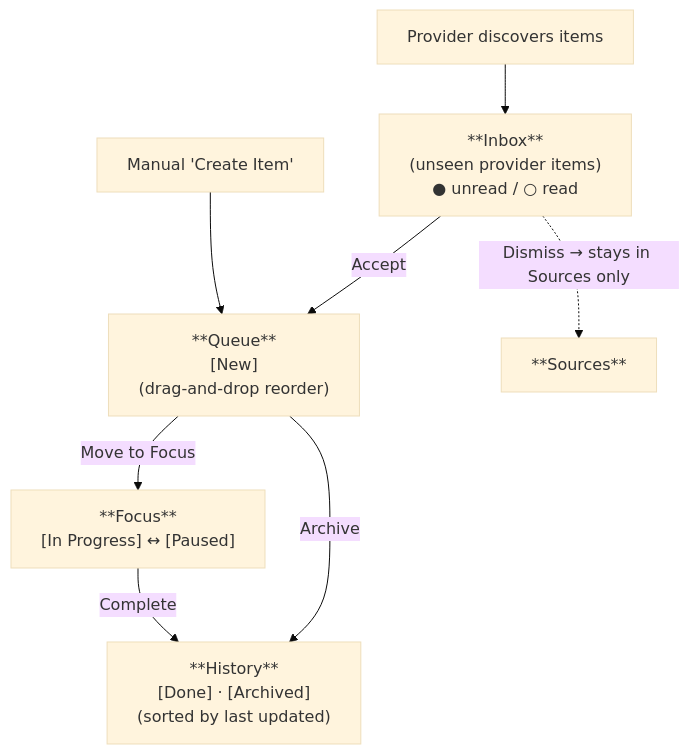
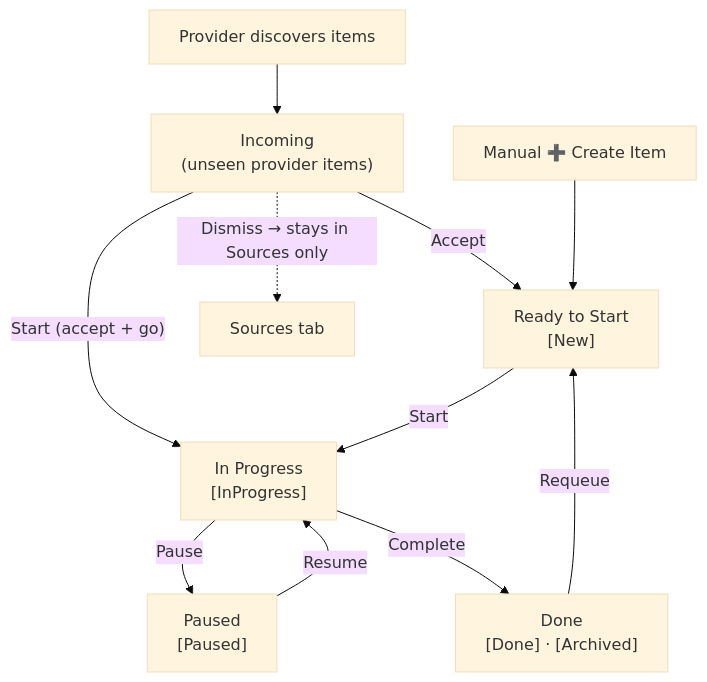
One commit to devdocket/devdocket changed the diagram in docs/ux-guide.md. Above: the diagram before and after it, drawn with Mermaid (base theme). The commit also changed other lines of this file and 10 other files, not shown here.

````diff
--- a/docs/ux-guide.md
+++ b/docs/ux-guide.md
@@ -118,14 +113,18 @@
 ```mermaid
 flowchart TD
     P["Provider discovers items"] --> Inbox
-    Inbox["**Inbox**\n(unseen provider items)\n● unread / ○ read"]
-    Inbox -- Accept --> Queue
-    Inbox -. "Dismiss → stays in Sources only" .-> Sources["**Sources**"]
-    Manual["Manual 'Create Item'"] --> Queue
-    Queue["**Queue**\n[New]\n(drag-and-drop reorder)"]
-    Queue -- Move to Focus --> Focus
-    Queue -- Archive --> History
-    Focus["**Focus**\n[In Progress] ↔ [Paused]"]
-    Focus -- Complete --> History
-    History["**History**\n[Done] · [Archived]\n(sorted by last updated)"]
+    Inbox["Incoming<br/>(unseen provider items)"]
+    Inbox -- Accept --> Ready
+    Inbox -- "Start (accept + go)" --> InProgress
+    Inbox -. "Dismiss → stays in Sources only" .-> Sources["Sources tab"]
+    Manual["Manual ➕ Create Item"] --> Ready
+    Ready["Ready to Start<br/>[New]"]
+    Ready -- Start --> InProgress
+    InProgress["In Progress<br/>[InProgress]"]
+    InProgress -- Pause --> Paused
+    Paused["Paused<br/>[Paused]"]
+    Paused -- Resume --> InProgress
+    InProgress -- Complete --> Done
+    Done["Done<br/>[Done] · [Archived]"]
+    Done -- Requeue --> Ready
 ```
````
